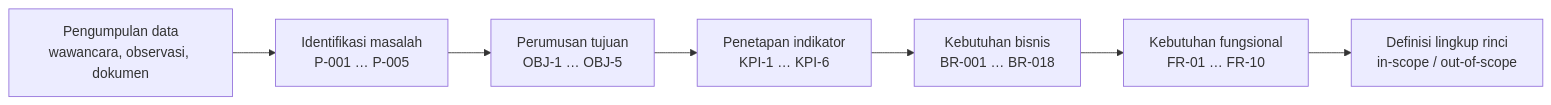
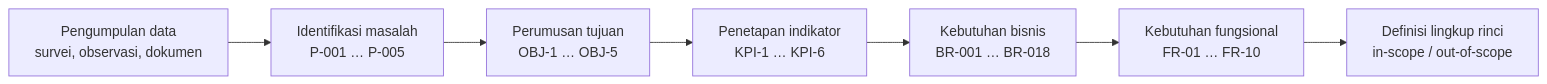
The fourth of 8 diagrams in capstone/LAPORAN-KEMAJUAN.md (EkaBachrudin/ims), drawn with Mermaid before and after one commit. The commit also changed other lines of this file and 1 other file, not shown here.

````diff
--- a/capstone/LAPORAN-KEMAJUAN.md
+++ b/capstone/LAPORAN-KEMAJUAN.md
@@ -501,9 +537,9 @@
 ```mermaid
 flowchart LR
-    A[Pengumpulan data<br/>wawancara, observasi, dokumen] --> B[Identifikasi masalah<br/>P-001 … P-005]
+    A[Pengumpulan data<br/>survei, observasi, dokumen] --> B[Identifikasi masalah<br/>P-001 … P-005]
     B --> C[Perumusan tujuan<br/>OBJ-1 … OBJ-5]
     C --> D[Penetapan indikator<br/>KPI-1 … KPI-6]
     D --> E[Kebutuhan bisnis<br/>BR-001 … BR-018]
     E --> F[Kebutuhan fungsional<br/>FR-01 … FR-10]
     F --> G[Definisi lingkup rinci<br/>in-scope / out-of-scope]
 ```
````
